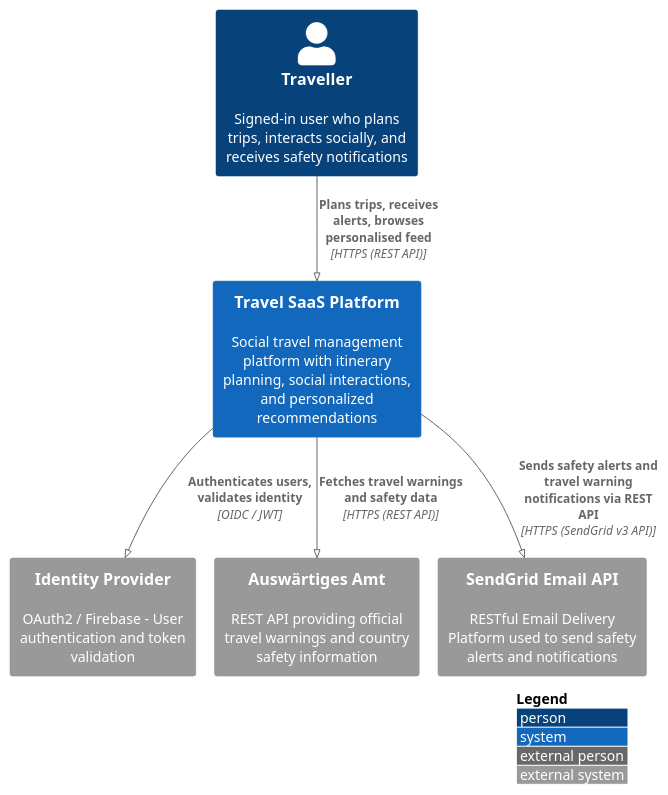
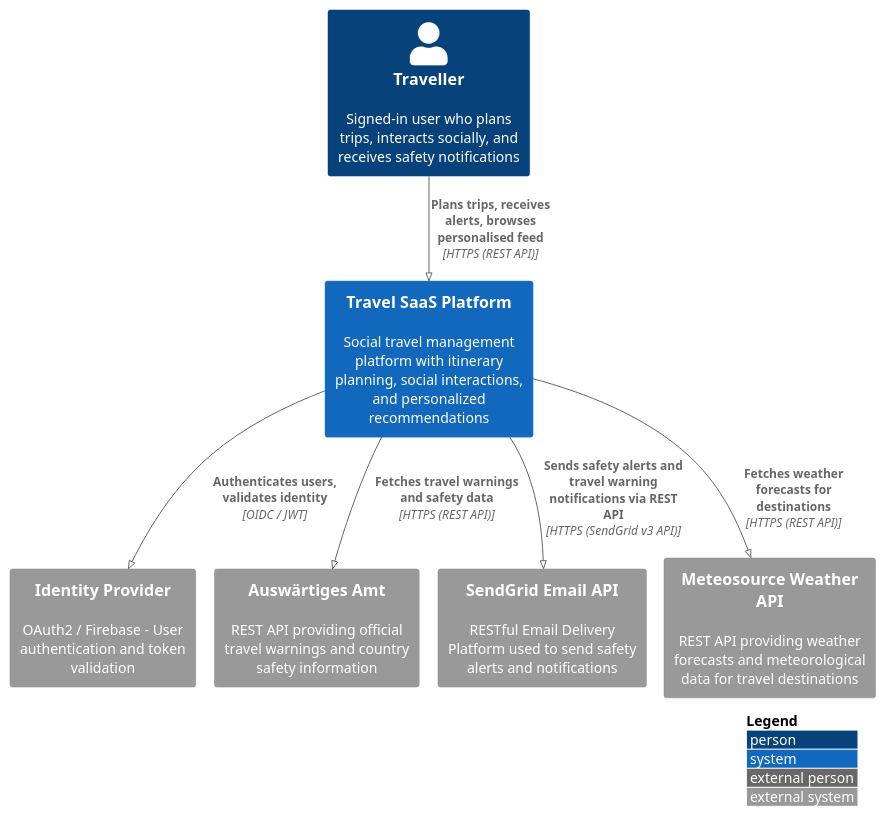
One commit to leotschritter/cad-backend changed the diagram in docs/diagrams/c4/01_system_context.puml. Above: the diagram before and after it, drawn with PlantUML. The commit also changed 2 other files, not shown here.

Commit message:
added weather api into docs

```diff
--- a/docs/diagrams/c4/01_system_context.puml
+++ b/docs/diagrams/c4/01_system_context.puml
@@ -1,24 +1,26 @@
 @startuml SystemContext
 !include <C4/C4_Context>
 
 !pragma layout smetana
 LAYOUT_WITH_LEGEND()
 
 ' Persons
 Person(traveller, "Traveller", "Signed-in user who plans trips, interacts socially, and receives safety notifications")
 
 ' Systems
 System(travelSaaS, "Travel SaaS Platform", "Social travel management platform with itinerary planning, social interactions, and personalized recommendations")
 
 ' External Systems
 System_Ext(identity, "Identity Provider", "OAuth2 / Firebase - User authentication and token validation")
 System_Ext(auswaertigesAmt, "Auswärtiges Amt", "REST API providing official travel warnings and country safety information")
 System_Ext(emailApi, "SendGrid Email API", "RESTful Email Delivery Platform used to send safety alerts and notifications")
+System_Ext(weatherApi, "Meteosource Weather API", "REST API providing weather forecasts and meteorological data for travel destinations")
 
 ' Relationships
 Rel(traveller, travelSaaS, "Plans trips, receives alerts, browses personalised feed", "HTTPS (REST API)")
 Rel(travelSaaS, identity, "Authenticates users, validates identity", "OIDC / JWT")
 Rel(travelSaaS, auswaertigesAmt, "Fetches travel warnings and safety data", "HTTPS (REST API)")
 Rel(travelSaaS, emailApi, "Sends safety alerts and travel warning notifications via REST API", "HTTPS (SendGrid v3 API)")
+Rel(travelSaaS, weatherApi, "Fetches weather forecasts for destinations", "HTTPS (REST API)")
 
 @enduml
```
